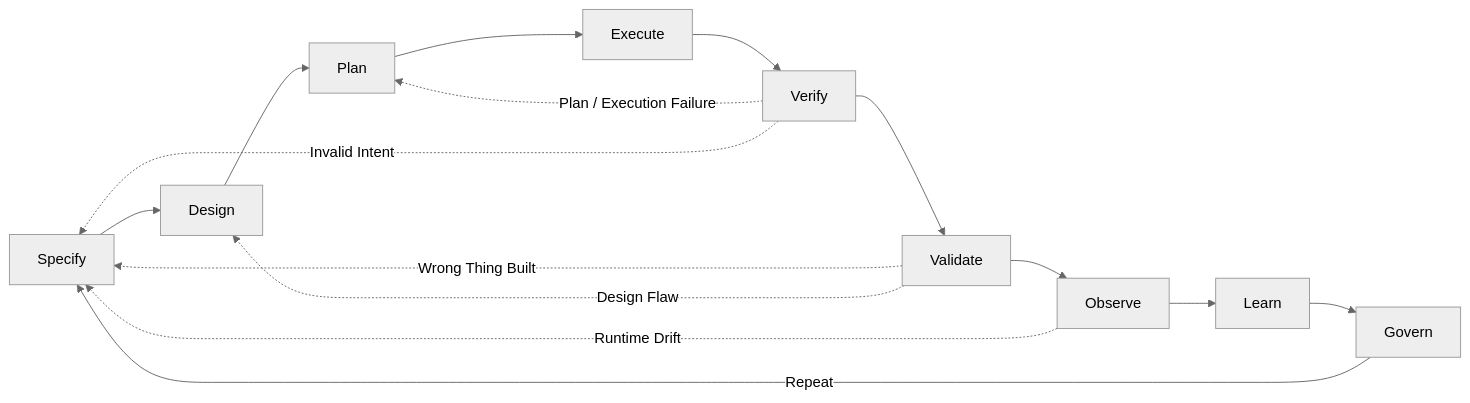
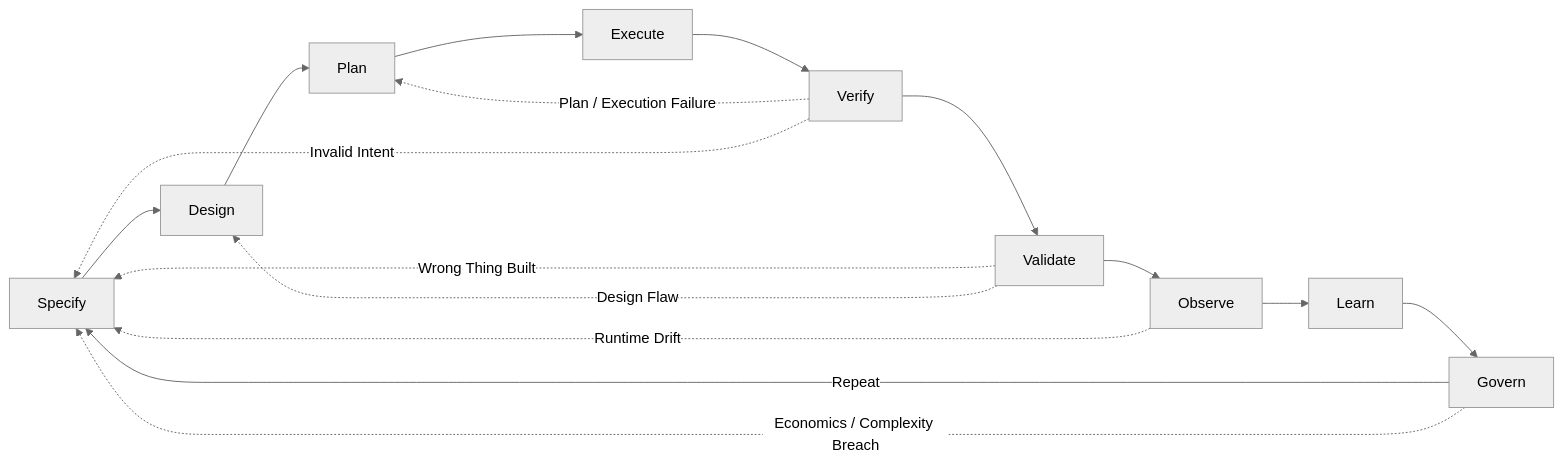
One commit to arnaudgelas/agentic-engineering-manifesto changed the diagram in manifesto.md. Above: the diagram before and after it, drawn with Mermaid (neutral theme). The commit also changed other lines of this file and 1 other file, not shown here.

````diff
--- a/manifesto.md
+++ b/manifesto.md
@@ -96,11 +116,12 @@
 ```mermaid
 flowchart LR
     Specify --> Design --> Plan --> Execute --> Verify --> Validate --> Observe --> Learn --> Govern
     Govern -->|Repeat| Specify
 
     Verify -.->|Plan / Execution Failure| Plan
     Verify -.->|Invalid Intent| Specify
     Validate -.->|Wrong Thing Built| Specify
     Validate -.->|Design Flaw| Design
     Observe -.->|Runtime Drift| Specify
+    Govern -.->|Economics / Complexity Breach| Specify
 ```
````
